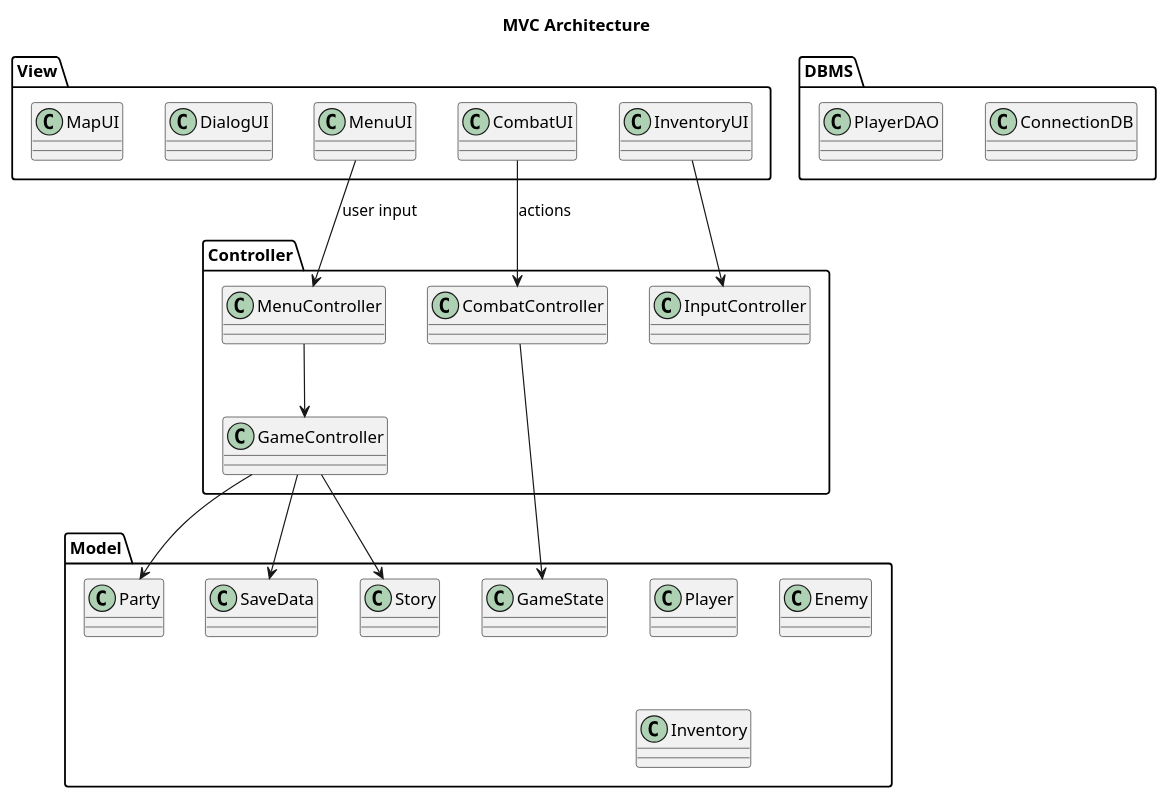
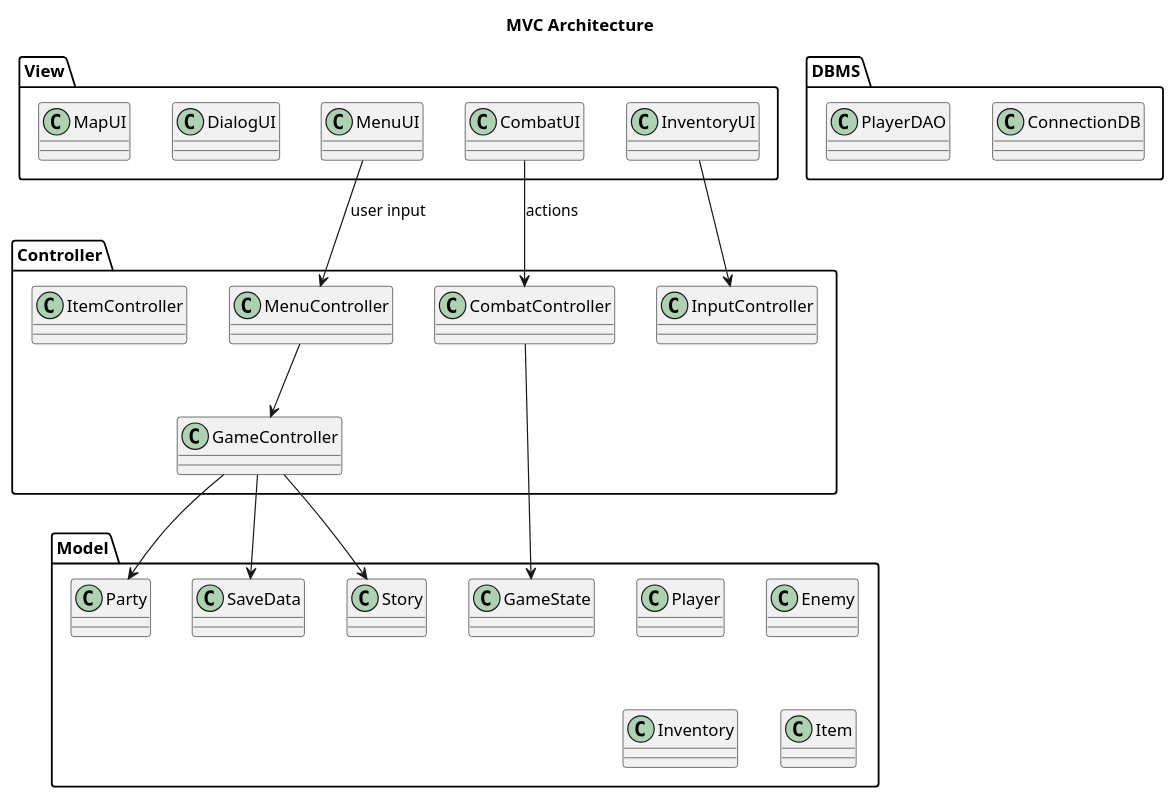
Before and after one commit to samMM-cs/iss-team2: the diagram in mvc.puml, drawn with PlantUML. The commit also changed other lines of this file, not shown here.

```diff
--- a/mvc.puml
+++ b/mvc.puml
@@ -1,44 +1,47 @@
 @startuml MVC
 title MVC Architecture
 
 package "DBMS"{
     class ConnectionDB
     class PlayerDAO
+    
 }
 package "View" {
   class MenuUI
   class CombatUI
   class InventoryUI
   class DialogUI
   class MapUI
 }
 
 package "Controller" {
   class GameController
   class MenuController
   class CombatController
   class InputController
+  class ItemController
 }
 
 package "Model" {
   class GameState
   class Player
   class Party
   class Enemy
   class Inventory
   class SaveData
   class Story
+  class Item
 }
 
 
 MenuUI --> MenuController : user input
 CombatUI --> CombatController : actions
 InventoryUI --> InputController
 
 MenuController --> GameController
 CombatController --> GameState
 GameController --> SaveData
 GameController --> Story
 GameController --> Party
 
 @enduml
```
